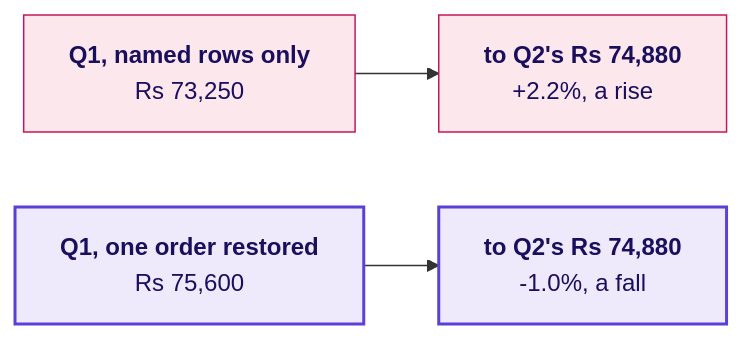
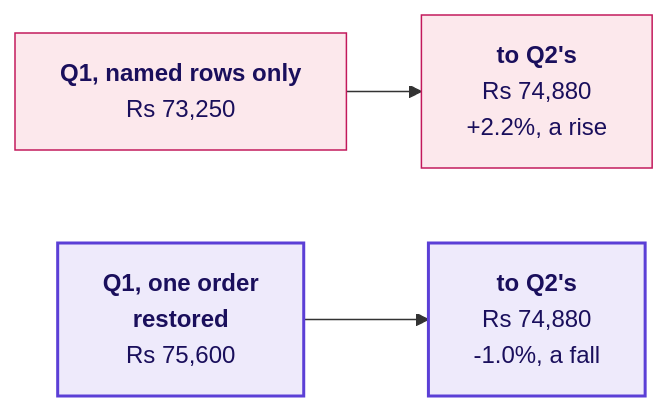
Before and after one commit to fde-academy-lab/c2-content-factory: the seventh of 12 diagrams in content/W01/D5/slides/C2_W01_D05_debrief_STUDENT.md, drawn with Mermaid. The commit also changed other lines of this file and 5 other files, not shown here.

````diff
--- a/content/W01/D5/slides/C2_W01_D05_debrief_STUDENT.md
+++ b/content/W01/D5/slides/C2_W01_D05_debrief_STUDENT.md
@@ -403,9 +573,9 @@
 ```mermaid
 flowchart LR
-    N["<b>Q1, named rows only</b><br/>Rs 73,250"] --> R1["<b>to Q2's Rs 74,880</b><br/>+2.2%, a rise"]
-    S["<b>Q1, one order restored</b><br/>Rs 75,600"] --> R2["<b>to Q2's Rs 74,880</b><br/>-1.0%, a fall"]
+    N["<b>Q1, named rows only</b><br/>Rs 73,250"] --> R1["<b>to Q2's</b><br/>Rs 74,880<br/>+2.2%, a rise"]
+    S["<b>Q1, one order<br/>restored</b><br/>Rs 75,600"] --> R2["<b>to Q2's</b><br/>Rs 74,880<br/>-1.0%, a fall"]
     classDef bad fill:#FCE8EC,stroke:#C2185B,color:#1A0F5C
     classDef known fill:#EEEAFB,stroke:#5B3FD6,color:#1A0F5C,stroke-width:2px
     class N,R1 bad
     class S,R2 known
 ```
````
